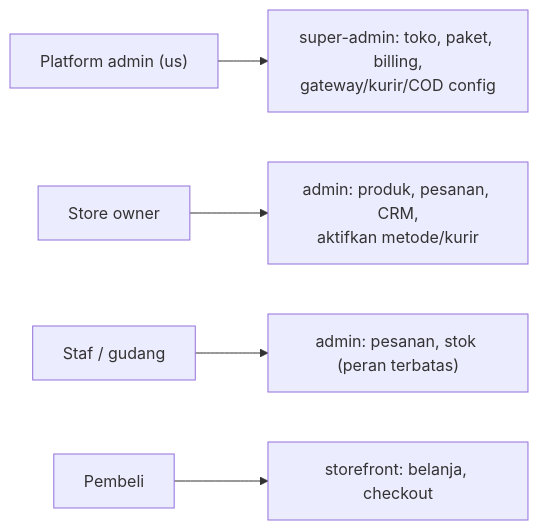
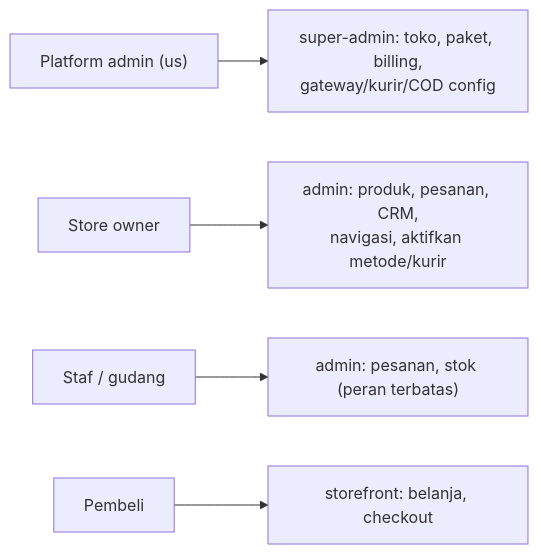
The ninth of 9 diagrams in specs/docs/UML.md (ongkipro/tokophi), drawn with Mermaid before and after one commit. The commit also changed other lines of this file and 12 other files, not shown here.

First line of the commit message:
Docs: perfect PRD v0.4/README/ARCHITECTURE + new GUIDE, UML (9 diagrams), ADR 0005/0006; declare @indostore/data deps

````diff
--- a/specs/docs/UML.md
+++ b/specs/docs/UML.md
@@ -166,7 +373,7 @@
 ```mermaid
 graph LR
   Platform["Platform admin (us)"] --> SA["super-admin: toko, paket, billing,<br/>gateway/kurir/COD config"]
-  Owner["Store owner"] --> AD["admin: produk, pesanan, CRM,<br/>aktifkan metode/kurir"]
+  Owner["Store owner"] --> AD["admin: produk, pesanan, CRM,<br/>navigasi, aktifkan metode/kurir"]
   Staff["Staf / gudang"] --> AD2["admin: pesanan, stok (peran terbatas)"]
   Buyer["Pembeli"] --> SF2["storefront: belanja, checkout"]
 ```
````
